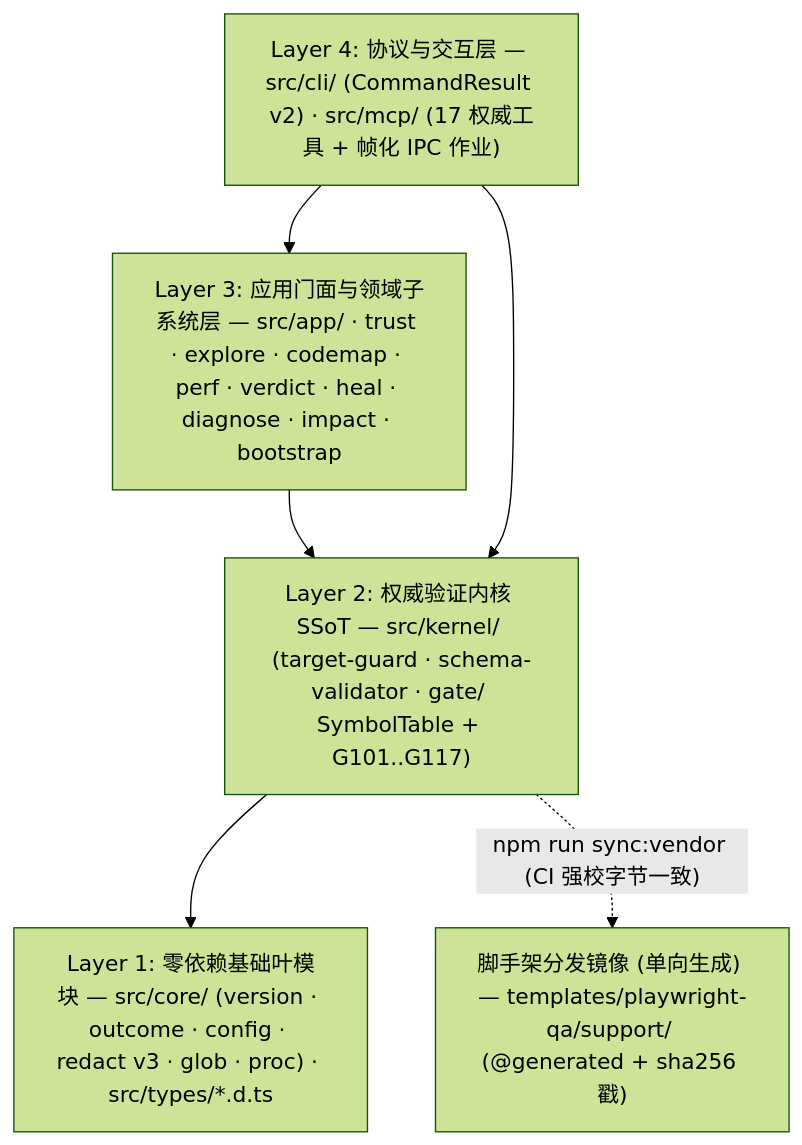
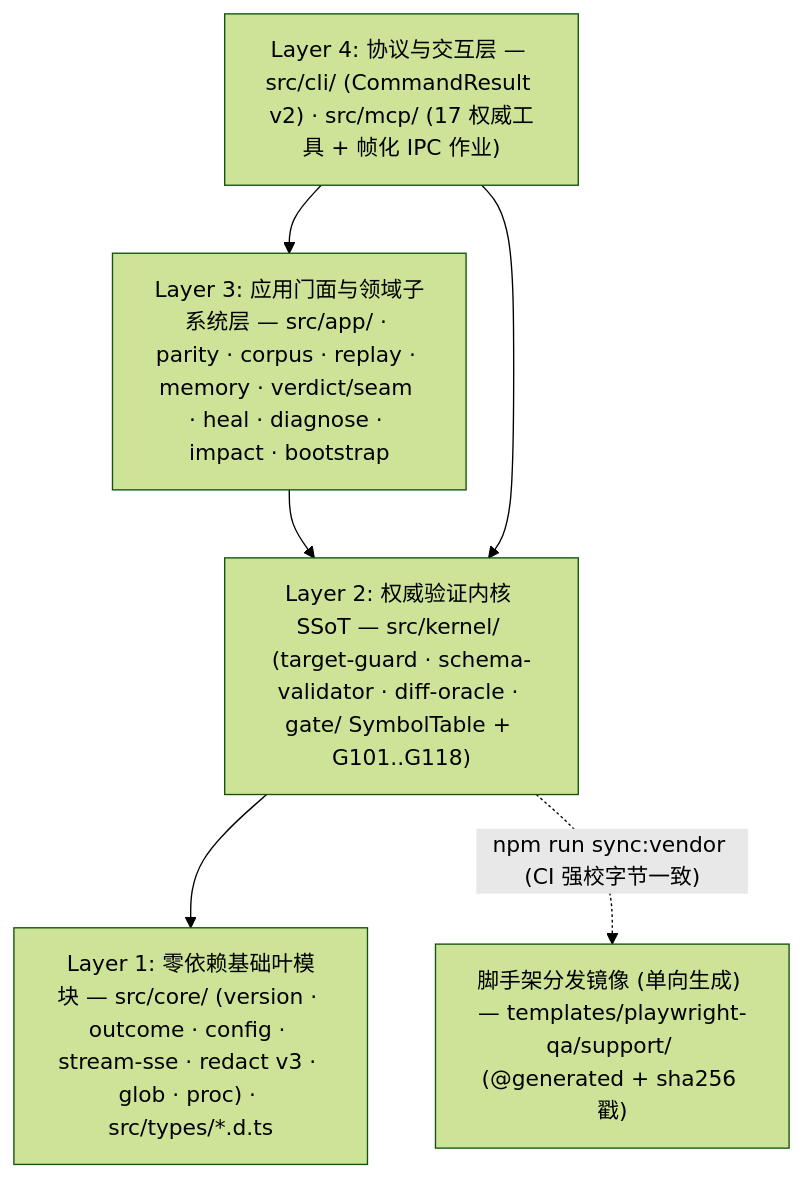
Before and after one commit to seaworld008/ai-test-workbench: the diagram in README.md, drawn with Mermaid (forest theme). The commit also changed other lines of this file and 130 other files, not shown here.

Commit message:
feat(v6.4.0): add memory loop distiller, AITEST-G118 lockstep gate, seam review card, and 22-task red-team suite

````diff
--- a/README.md
+++ b/README.md
@@ -84,12 +84,12 @@
 ```mermaid
 flowchart TB
     L4["Layer 4: 协议与交互层 — src/cli/ (CommandResult v2) · src/mcp/ (17 权威工具 + 帧化 IPC 作业)"]
-    L3["Layer 3: 应用门面与领域子系统层 — src/app/ · trust · explore · codemap · perf · verdict · heal · diagnose · impact · bootstrap"]
-    L2["Layer 2: 权威验证内核 SSoT — src/kernel/ (target-guard · schema-validator · gate/ SymbolTable + G101..G117)"]
-    L1["Layer 1: 零依赖基础叶模块 — src/core/ (version · outcome · config · redact v3 · glob · proc) · src/types/*.d.ts"]
+    L3["Layer 3: 应用门面与领域子系统层 — src/app/ · parity · corpus · replay · memory · verdict/seam · heal · diagnose · impact · bootstrap"]
+    L2["Layer 2: 权威验证内核 SSoT — src/kernel/ (target-guard · schema-validator · diff-oracle · gate/ SymbolTable + G101..G118)"]
+    L1["Layer 1: 零依赖基础叶模块 — src/core/ (version · outcome · config · stream-sse · redact v3 · glob · proc) · src/types/*.d.ts"]
     TPL["脚手架分发镜像 (单向生成) — templates/playwright-qa/support/ (@generated + sha256 戳)"]
 
     L4 --> L3 --> L2 --> L1
     L4 --> L2
     L2 -. "npm run sync:vendor (CI 强校字节一致)" .-> TPL
 ```
````
